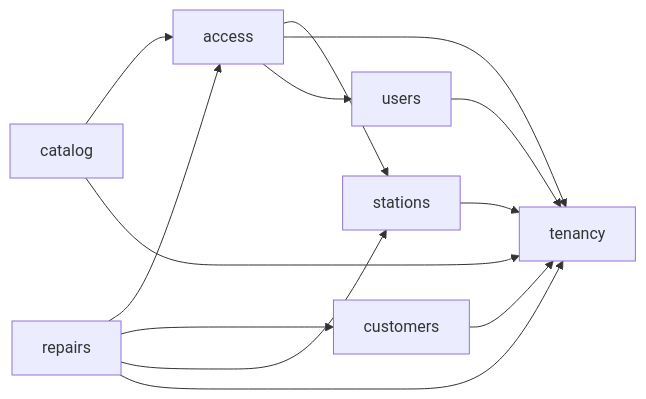
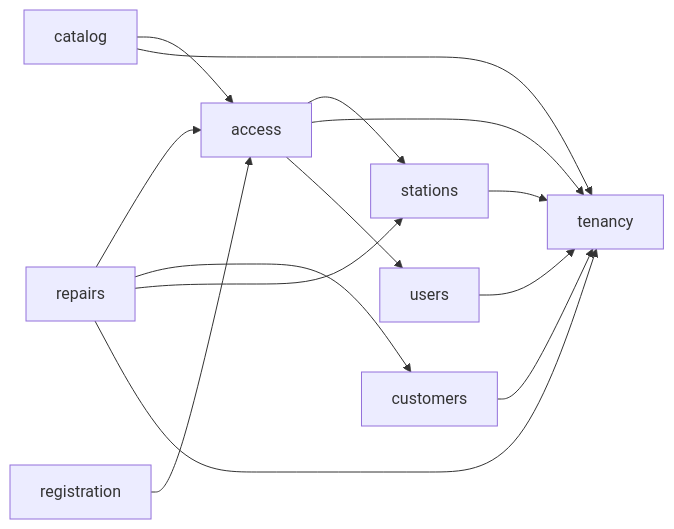
One commit to luisgtzaviles/SrTaller-2.0 changed the diagram in docs/architecture-readiness/dec-005-materialization/DEPENDENCY_GRAPH.md. Above: the diagram before and after it, drawn with Mermaid. The commit also changed other lines of this file and 32 other files, not shown here.

````diff
--- a/docs/architecture-readiness/dec-005-materialization/DEPENDENCY_GRAPH.md
+++ b/docs/architecture-readiness/dec-005-materialization/DEPENDENCY_GRAPH.md
@@ -5,15 +5,16 @@
 ```mermaid
 flowchart LR
   access --> stations
   access --> tenancy
   access --> users
   catalog --> access
   catalog --> tenancy
   customers --> tenancy
+  registration --> access
   repairs --> access
   repairs --> customers
   repairs --> stations
   repairs --> tenancy
   stations --> tenancy
   users --> tenancy
 ```
````
